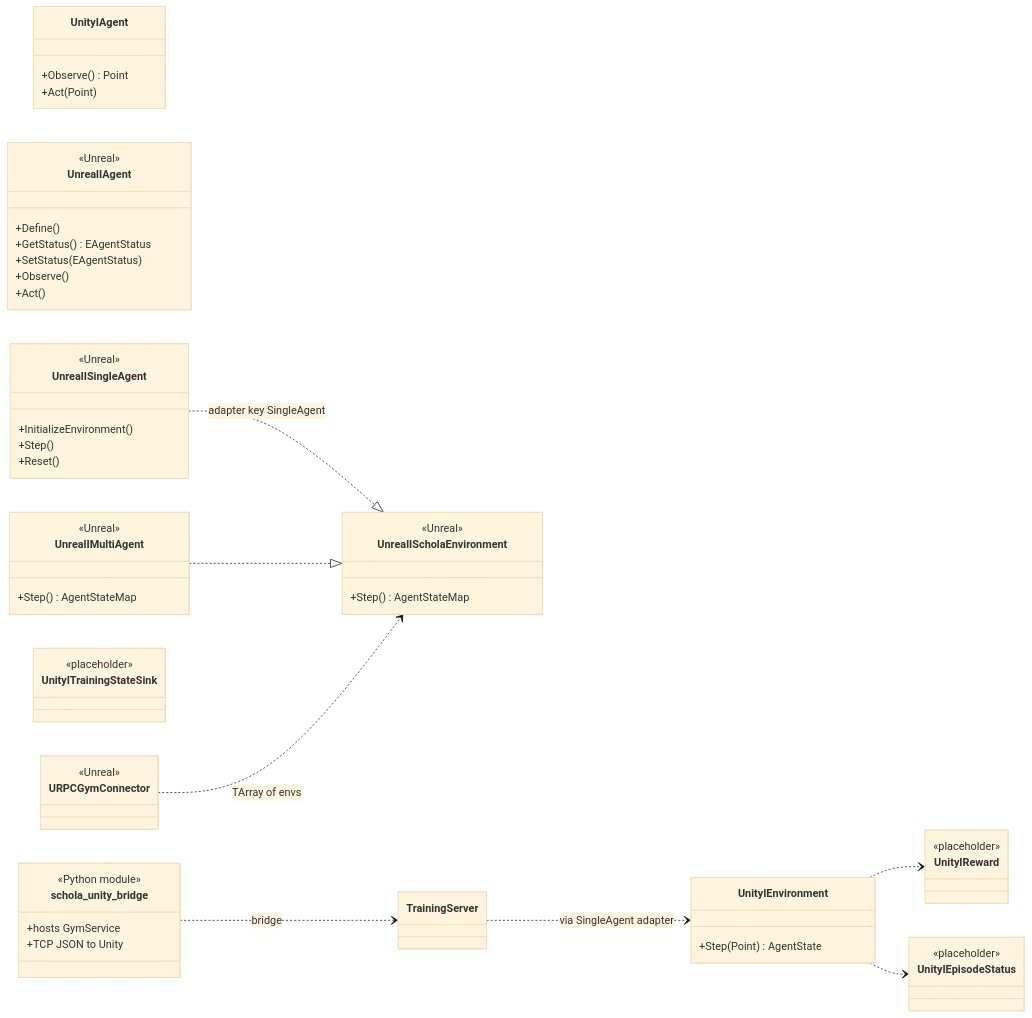
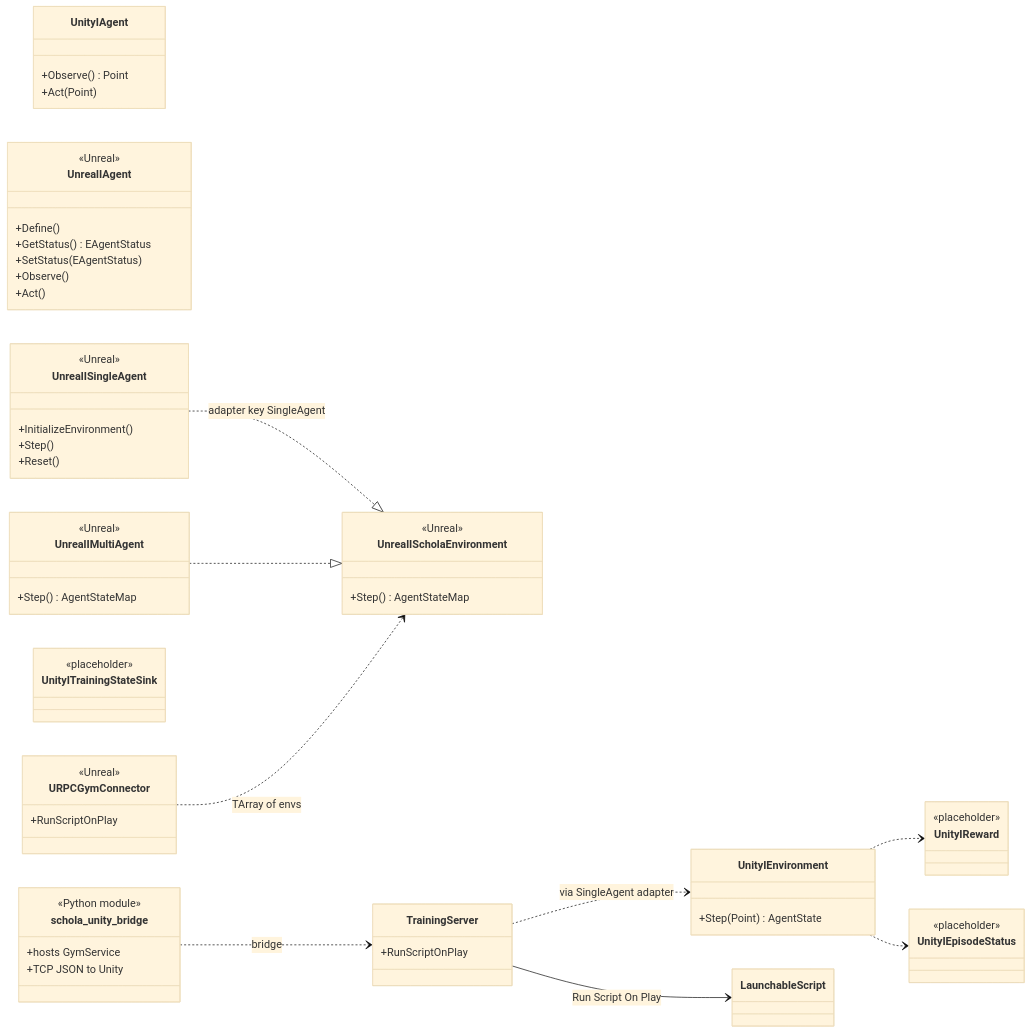
Before and after one commit to csc301-2026-f/11-AMD-Schola: diagram 15 of 15 in Unity/com.amd.schola/Documentation~/architecture/us1-us4-uml.md, drawn with Mermaid (base theme). The commit also changed other lines of this file, not shown here.

Commit message:
chore: Update UML diagram to include Unity Panel UI

````diff
--- a/Unity/com.amd.schola/Documentation~/architecture/us1-us4-uml.md
+++ b/Unity/com.amd.schola/Documentation~/architecture/us1-us4-uml.md
@@ -664,62 +786,67 @@
 ```mermaid
 classDiagram
   direction LR
 
   class UnityIAgent {
     +Observe() Point
     +Act(Point)
   }
   class UnrealIAgent {
     <<Unreal>>
     +Define()
     +GetStatus() EAgentStatus
     +SetStatus(EAgentStatus)
     +Observe()
     +Act()
   }
 
   class UnityIEnvironment {
     +Step(Point) AgentState
   }
   class UnrealISingleAgent {
     <<Unreal>>
     +InitializeEnvironment()
     +Step()
     +Reset()
   }
   class UnrealIScholaEnvironment {
     <<Unreal>>
     +Step() AgentStateMap
   }
   class UnrealIMultiAgent {
     <<Unreal>>
     +Step() AgentStateMap
   }
 
   class UnityIReward {
     <<placeholder>>
   }
   class UnityIEpisodeStatus {
     <<placeholder>>
   }
   class UnityITrainingStateSink {
     <<placeholder>>
   }
   class URPCGymConnector {
     <<Unreal>>
+    +RunScriptOnPlay
   }
-  class TrainingServer
+  class TrainingServer {
+    +RunScriptOnPlay
+  }
+  class LaunchableScript
   class schola_unity_bridge {
     <<Python module>>
     +hosts GymService
     +TCP JSON to Unity
   }
 
   UnrealISingleAgent ..|> UnrealIScholaEnvironment : adapter key SingleAgent
   UnrealIMultiAgent ..|> UnrealIScholaEnvironment
   URPCGymConnector ..> UnrealIScholaEnvironment : TArray of envs
   TrainingServer ..> UnityIEnvironment : via SingleAgent adapter
+  TrainingServer --> LaunchableScript : Run Script On Play
   schola_unity_bridge ..> TrainingServer : bridge
   UnityIEnvironment ..> UnityIReward
   UnityIEnvironment ..> UnityIEpisodeStatus
 ```
````
